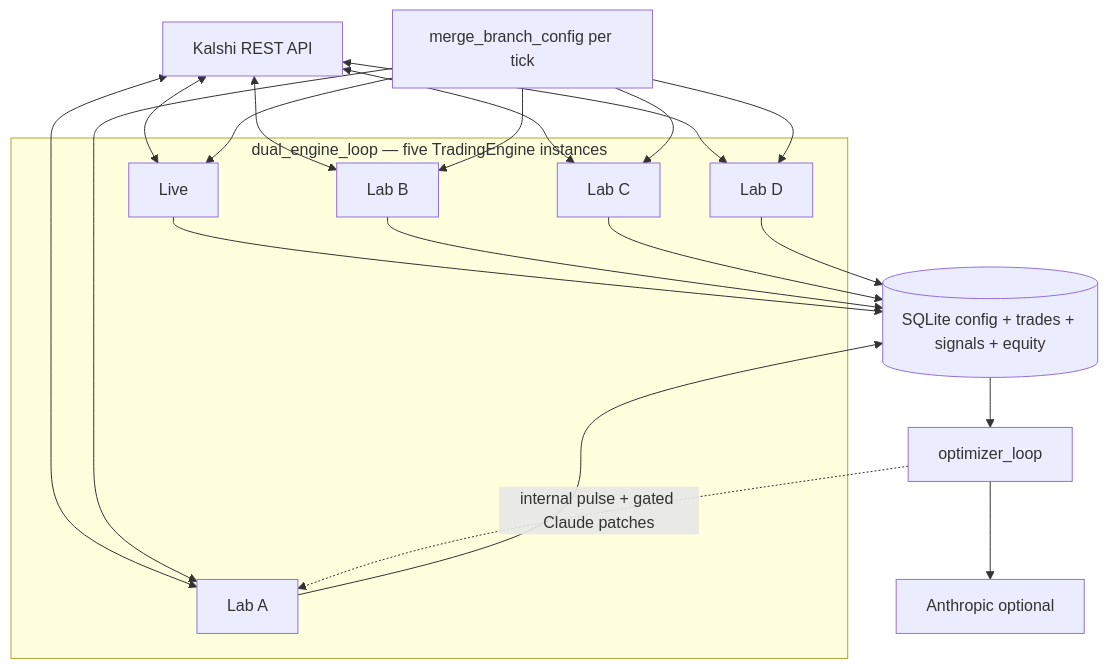
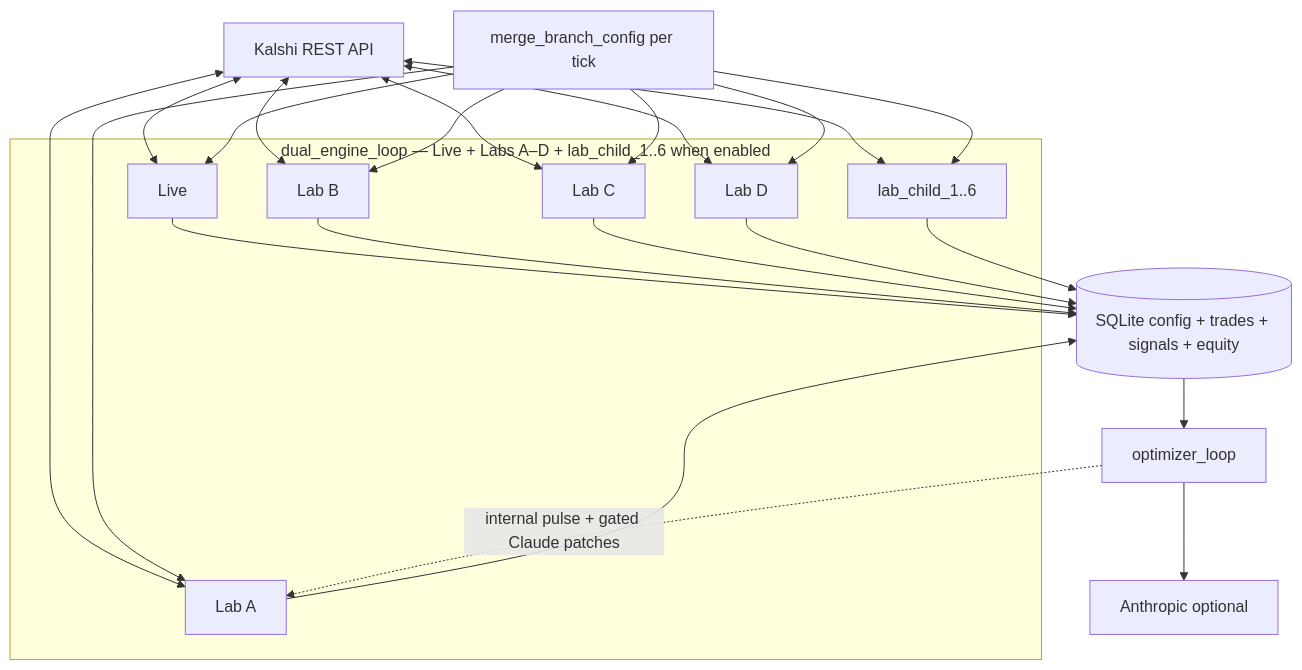
Before and after one commit to czyzem-stack/kalshibot: the first of 2 diagrams in README.md, drawn with Mermaid. The commit also changed other lines of this file and 1 other file, not shown here.

First line of the commit message:
docs: README Labs Breeding v0.1; dev proxy longer API timeouts

````diff
--- a/README.md
+++ b/README.md
@@ -102,33 +116,37 @@
 ```mermaid
 flowchart TB
   KS[Kalshi REST API]
-  subgraph engines [dual_engine_loop — five TradingEngine instances]
+  subgraph engines [dual_engine_loop — Live + Labs A–D + lab_child_1..6 when enabled]
     L[Live]
     A[Lab A]
     B[Lab B]
     C[Lab C]
     D[Lab D]
+    CH[lab_child_1..6]
   end
   SQL[(SQLite config + trades + signals + equity)]
   OPT[optimizer_loop]
   CL[Anthropic optional]
   CFG[merge_branch_config per tick]
   KS <--> L
   KS <--> A
   KS <--> B
   KS <--> C
   KS <--> D
+  KS <--> CH
   CFG --> L
   CFG --> A
   CFG --> B
   CFG --> C
   CFG --> D
+  CFG --> CH
   L --> SQL
   A --> SQL
   B --> SQL
   C --> SQL
   D --> SQL
+  CH --> SQL
   SQL --> OPT
   OPT --> CL
   OPT -.->|internal pulse + gated Claude patches| A
 ```
````
